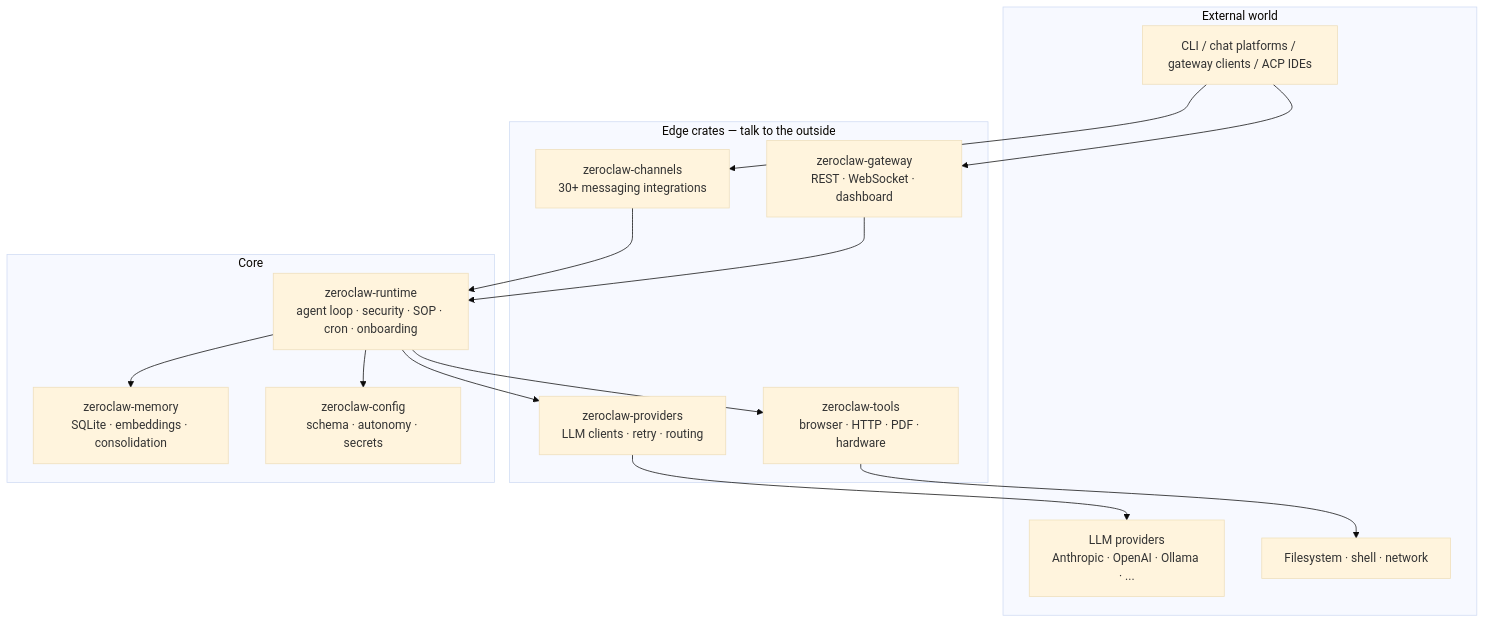
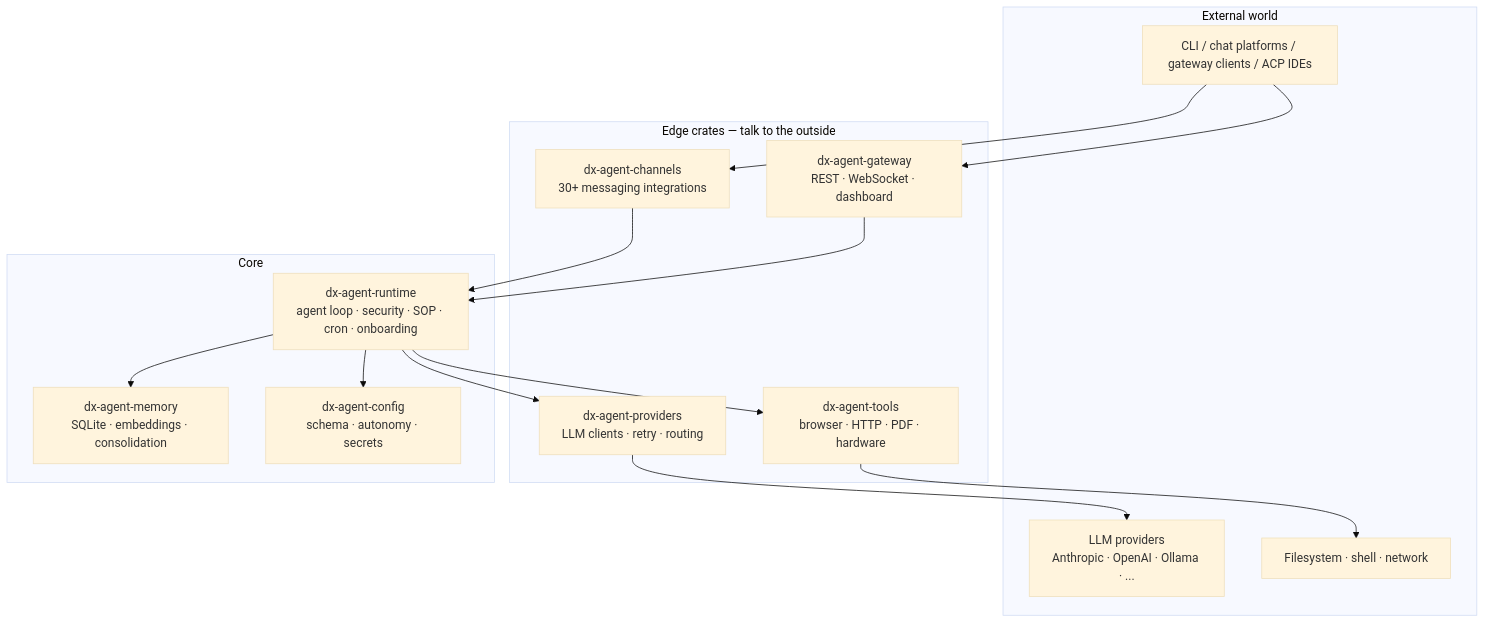
One commit to essence-dx/agent changed the first of 2 diagrams in docs/book/src/architecture/overview.md. Above: the diagram before and after it, drawn with Mermaid (base theme). The commit also changed other lines of this file and 1436 other files, not shown here.

````diff
--- a/docs/book/src/architecture/overview.md
+++ b/docs/book/src/architecture/overview.md
@@ -7,32 +7,32 @@
 ```mermaid
 flowchart TB
     subgraph External["External world"]
         UI["CLI / chat platforms / gateway clients / ACP IDEs"]
         LLM["LLM providers<br/>Anthropic · OpenAI · Ollama · ..."]
         FS["Filesystem · shell · network"]
     end
 
     subgraph Edges["Edge crates — talk to the outside"]
-        CH["zeroclaw-channels<br/>30+ messaging integrations"]
-        GW["zeroclaw-gateway<br/>REST · WebSocket · dashboard"]
-        PR["zeroclaw-providers<br/>LLM clients · retry · routing"]
-        TL["zeroclaw-tools<br/>browser · HTTP · PDF · hardware"]
+        CH["dx-agent-channels<br/>30+ messaging integrations"]
+        GW["dx-agent-gateway<br/>REST · WebSocket · dashboard"]
+        PR["dx-agent-providers<br/>LLM clients · retry · routing"]
+        TL["dx-agent-tools<br/>browser · HTTP · PDF · hardware"]
     end
 
     subgraph Core["Core"]
-        RT["zeroclaw-runtime<br/>agent loop · security · SOP · cron · onboarding"]
-        MEM["zeroclaw-memory<br/>SQLite · embeddings · consolidation"]
-        CFG["zeroclaw-config<br/>schema · autonomy · secrets"]
+        RT["dx-agent-runtime<br/>agent loop · security · SOP · cron · onboarding"]
+        MEM["dx-agent-memory<br/>SQLite · embeddings · consolidation"]
+        CFG["dx-agent-config<br/>schema · autonomy · secrets"]
     end
 
     UI --> CH
     UI --> GW
     CH --> RT
     GW --> RT
     RT --> PR
     RT --> TL
     RT --> MEM
     RT --> CFG
     PR --> LLM
     TL --> FS
 ```
````
